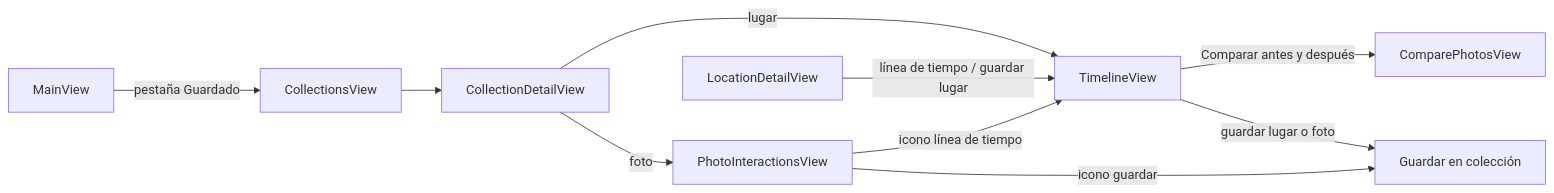
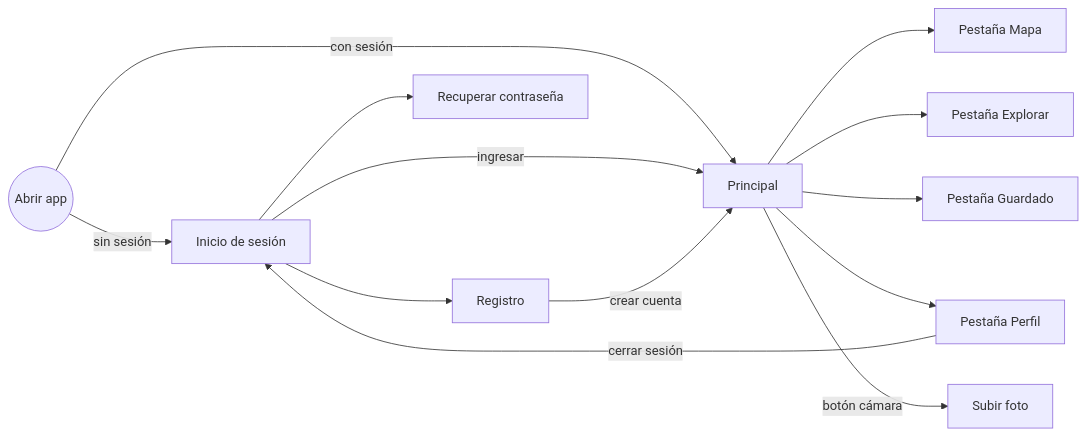
Before and after one commit to Mario7w78/FotoParada: the first of 4 diagrams in README.md, drawn with Mermaid. The commit also changed other lines of this file and 16 other files, not shown here.

````diff
--- a/README.md
+++ b/README.md
@@ -48,12 +112,15 @@
 ```mermaid
 flowchart LR
-    Main[MainView] -->|pestaña Guardado| Col[CollectionsView]
-    Col --> Det[CollectionDetailView]
-    Det -->|lugar| Tl[TimelineView]
-    Det -->|foto| PI[PhotoInteractionsView]
-    PI -->|icono línea de tiempo| Tl
-    PI -->|icono guardar| Hoja[Guardar en colección]
-    LD[LocationDetailView] -->|línea de tiempo / guardar lugar| Tl
-    Tl -->|Comparar antes y después| Cmp[ComparePhotosView]
-    Tl -->|guardar lugar o foto| Hoja
+    Inicio((Abrir app)) -->|sin sesión| Login[Inicio de sesión]
+    Inicio -->|con sesión| Main[Principal]
+    Login --> Registro[Registro]
+    Login --> Recuperar[Recuperar contraseña]
+    Login -->|ingresar| Main
+    Registro -->|crear cuenta| Main
+    Main --> Mapa[Pestaña Mapa]
+    Main --> Explorar[Pestaña Explorar]
+    Main --> Guardado[Pestaña Guardado]
+    Main --> Perfil[Pestaña Perfil]
+    Main -->|botón cámara| Subir[Subir foto]
+    Perfil -->|cerrar sesión| Login
 ```
````
